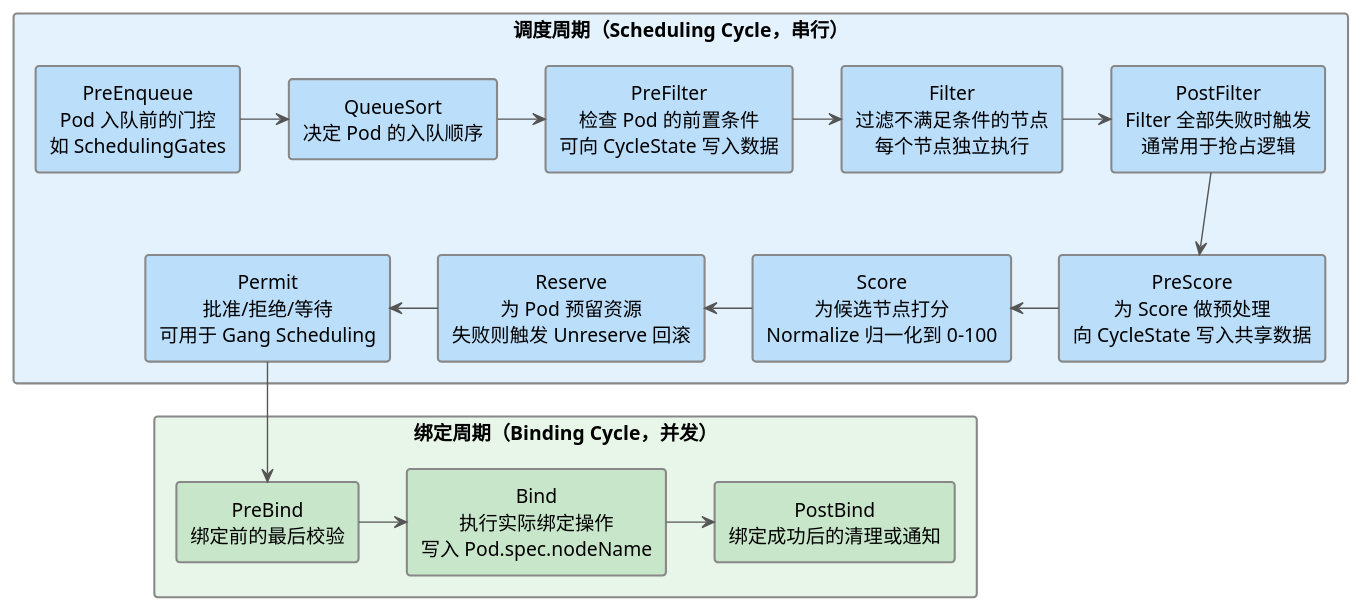
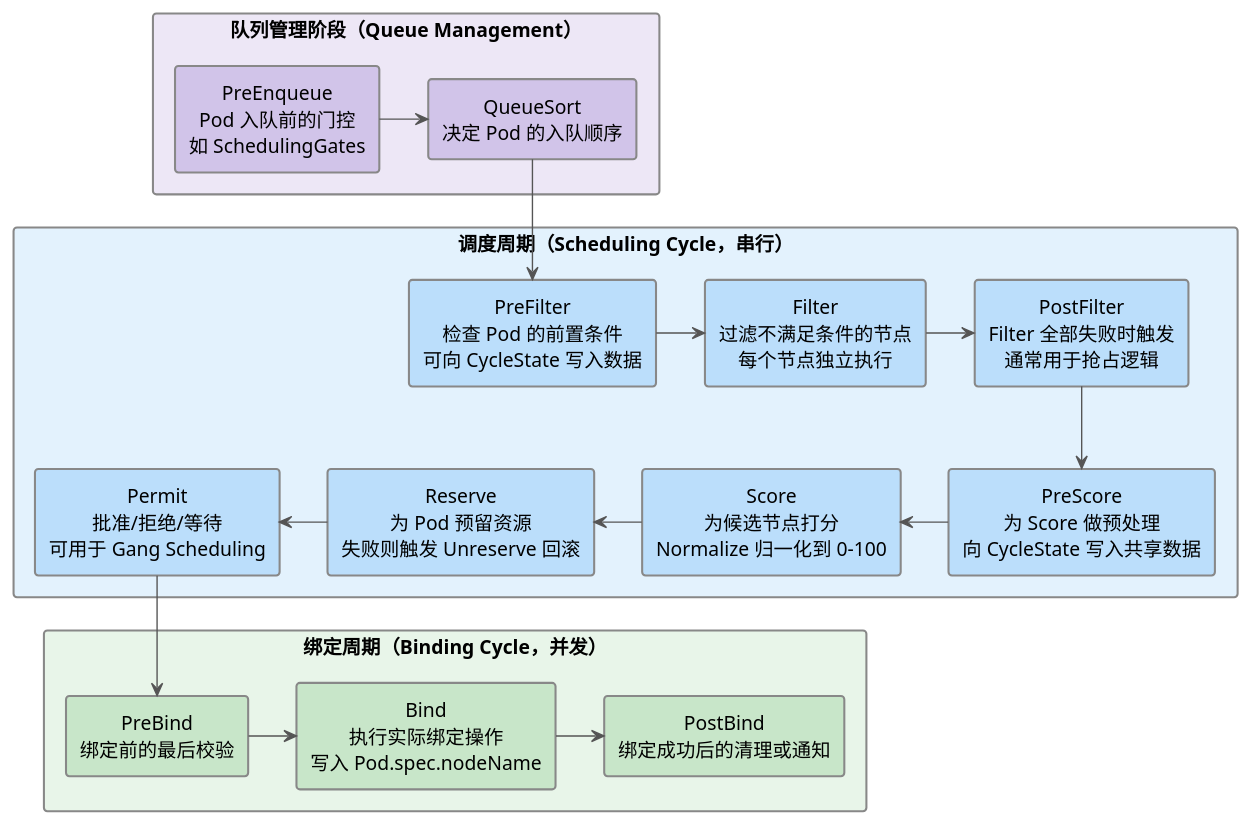
Before and after one commit to togettoyou/kubernetes-src-notes: the second of 2 diagrams in content/extensions/scheduler-extension.md, drawn with PlantUML. The commit also changed other lines of this file, not shown here.

Commit message:
0412更新

````diff
--- a/content/extensions/scheduler-extension.md
+++ b/content/extensions/scheduler-extension.md
@@ -249,45 +249,49 @@
 ```plantuml
 @startuml
 !theme plain
 skinparam defaultTextAlignment center
 skinparam rectangleBorderColor #888888
 skinparam rectangleBorderThickness 1.5
 skinparam arrowColor #555555
 
+rectangle "队列管理阶段（Queue Management）" as qm #EDE7F6 {
+  rectangle "PreEnqueue\nPod 入队前的门控\n如 SchedulingGates" as pe #D1C4E9
+  rectangle "QueueSort\n决定 Pod 的入队顺序" as qs #D1C4E9
+
+  pe -right-> qs
+}
+
 rectangle "调度周期（Scheduling Cycle，串行）" as sc #E3F2FD {
-  rectangle "PreEnqueue\nPod 入队前的门控\n如 SchedulingGates" as pe #BBDEFB
-  rectangle "QueueSort\n决定 Pod 的入队顺序" as qs #BBDEFB
   rectangle "PreFilter\n检查 Pod 的前置条件\n可向 CycleState 写入数据" as pf #BBDEFB
   rectangle "Filter\n过滤不满足条件的节点\n每个节点独立执行" as f #BBDEFB
   rectangle "PostFilter\nFilter 全部失败时触发\n通常用于抢占逻辑" as pof #BBDEFB
 
   rectangle "PreScore\n为 Score 做预处理\n向 CycleState 写入共享数据" as ps #BBDEFB
   rectangle "Score\n为候选节点打分\nNormalize 归一化到 0-100" as s #BBDEFB
   rectangle "Reserve\n为 Pod 预留资源\n失败则触发 Unreserve 回滚" as r #BBDEFB
   rectangle "Permit\n批准/拒绝/等待\n可用于 Gang Scheduling" as p #BBDEFB
 
-  ' 第一行从左到右（5 个）
-  pe -right-> qs
-  qs -right-> pf
+  ' 第一行从左到右
   pf -right-> f
   f -right-> pof
 
-  ' 右侧折下，第二行从右到左（4 个）
+  ' 右侧折下，第二行从右到左
   pof -down-> ps
   ps -left-> s
   s -left-> r
   r -left-> p
 }
 
 rectangle "绑定周期（Binding Cycle，并发）" as bc #E8F5E9 {
   rectangle "PreBind\n绑定前的最后校验" as pb #C8E6C9
   rectangle "Bind\n执行实际绑定操作\n写入 Pod.spec.nodeName" as b #C8E6C9
   rectangle "PostBind\n绑定成功后的清理或通知" as pob #C8E6C9
 
   pb -right-> b
   b -right-> pob
 }
 
+qs -down-> pf
 p -down-> pb
 @enduml
 ```
````
